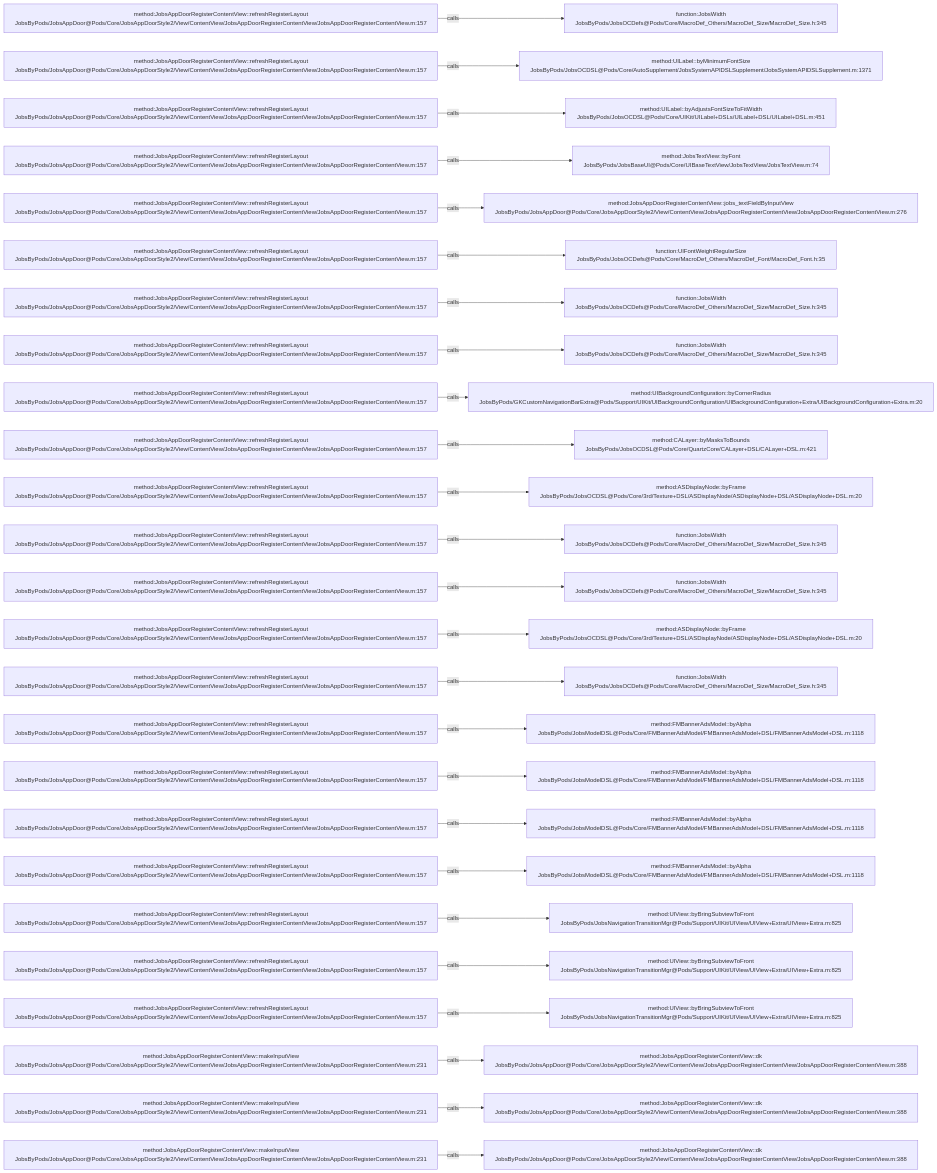
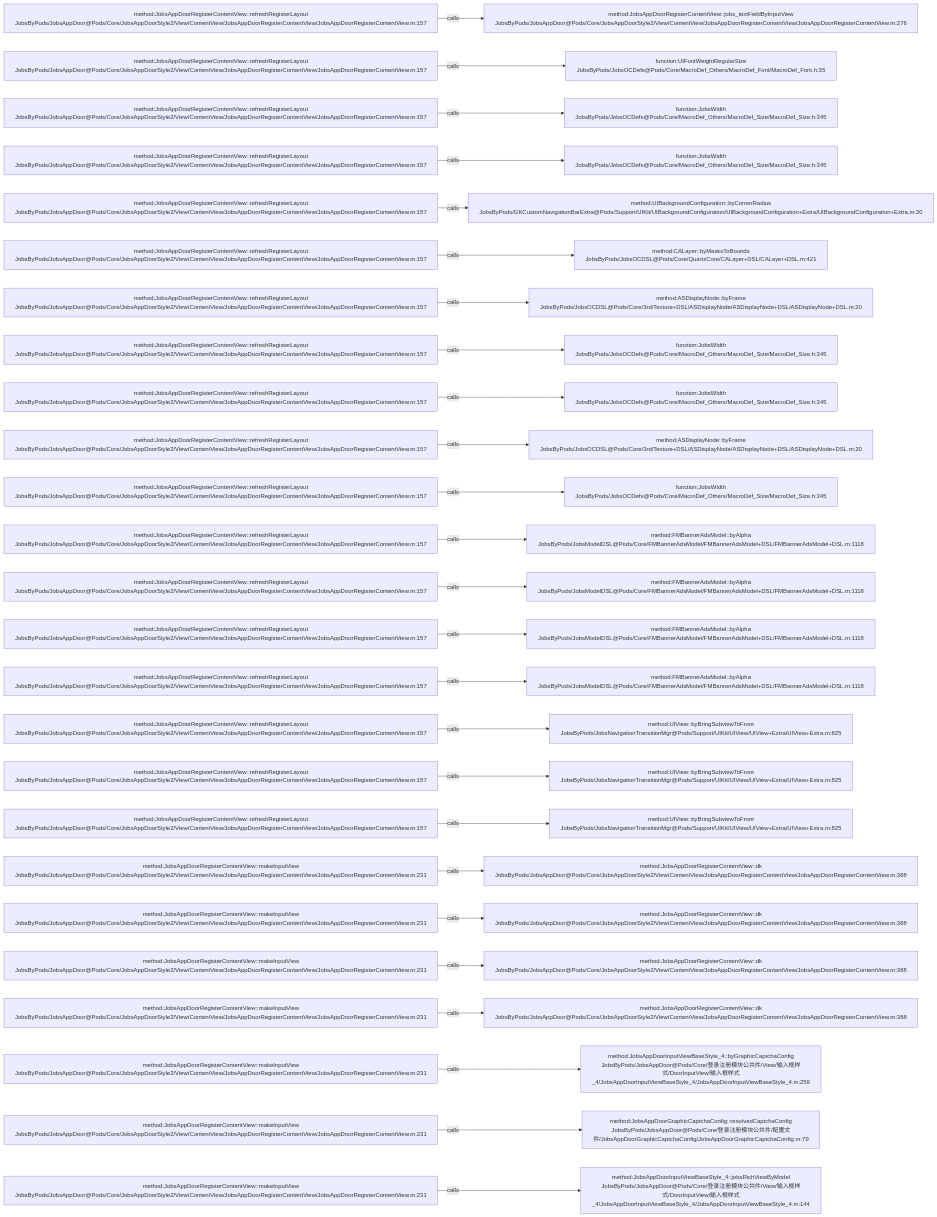
One commit to JobsKits/JobsOCBaseConfigDemo changed the diagram in .codegraph/codegraph.md/graphs/calls-127.md. Above: the diagram before and after it, drawn with Mermaid. The commit also changed 116 other files, not shown here.

````diff
--- a/.codegraph/codegraph.md/graphs/calls-127.md
+++ b/.codegraph/codegraph.md/graphs/calls-127.md
@@ -13,78 +13,78 @@
 ```mermaid
 flowchart LR
   S1["method:JobsAppDoorRegisterContentView::refreshRegisterLayout<br/>JobsByPods/JobsAppDoor@Pods/Core/JobsAppDoorStyle2/View/ContentView/JobsAppDoorRegisterContentView/JobsAppDoorRegisterContentView.m:157"]
-  T1["function:JobsWidth<br/>JobsByPods/JobsOCDefs@Pods/Core/MacroDef_Others/MacroDef_Size/MacroDef_Size.h:345"]
+  T1["method:JobsAppDoorRegisterContentView::jobs_textFieldByInputView<br/>JobsByPods/JobsAppDoor@Pods/Core/JobsAppDoorStyle2/View/ContentView/JobsAppDoorRegisterContentView/JobsAppDoorRegisterContentView.m:276"]
   S1 -->|calls| T1
   S2["method:JobsAppDoorRegisterContentView::refreshRegisterLayout<br/>JobsByPods/JobsAppDoor@Pods/Core/JobsAppDoorStyle2/View/ContentView/JobsAppDoorRegisterContentView/JobsAppDoorRegisterContentView.m:157"]
-  T2["method:UILabel::byMinimumFontSize<br/>JobsByPods/JobsOCDSL@Pods/Core/AutoSupplement/JobsSystemAPIDSLSupplement/JobsSystemAPIDSLSupplement.m:1371"]
+  T2["function:UIFontWeightRegularSize<br/>JobsByPods/JobsOCDefs@Pods/Core/MacroDef_Others/MacroDef_Font/MacroDef_Font.h:35"]
   S2 -->|calls| T2
   S3["method:JobsAppDoorRegisterContentView::refreshRegisterLayout<br/>JobsByPods/JobsAppDoor@Pods/Core/JobsAppDoorStyle2/View/ContentView/JobsAppDoorRegisterContentView/JobsAppDoorRegisterContentView.m:157"]
-  T3["method:UILabel::byAdjustsFontSizeToFitWidth<br/>JobsByPods/JobsOCDSL@Pods/Core/UIKit/UILabel+DSLs/UILabel+DSL/UILabel+DSL.m:451"]
+  T3["function:JobsWidth<br/>JobsByPods/JobsOCDefs@Pods/Core/MacroDef_Others/MacroDef_Size/MacroDef_Size.h:345"]
   S3 -->|calls| T3
   S4["method:JobsAppDoorRegisterContentView::refreshRegisterLayout<br/>JobsByPods/JobsAppDoor@Pods/Core/JobsAppDoorStyle2/View/ContentView/JobsAppDoorRegisterContentView/JobsAppDoorRegisterContentView.m:157"]
-  T4["method:JobsTextView::byFont<br/>JobsByPods/JobsBaseUI@Pods/Core/UIBaseTextView/JobsTextView/JobsTextView.m:74"]
+  T4["function:JobsWidth<br/>JobsByPods/JobsOCDefs@Pods/Core/MacroDef_Others/MacroDef_Size/MacroDef_Size.h:345"]
   S4 -->|calls| T4
   S5["method:JobsAppDoorRegisterContentView::refreshRegisterLayout<br/>JobsByPods/JobsAppDoor@Pods/Core/JobsAppDoorStyle2/View/ContentView/JobsAppDoorRegisterContentView/JobsAppDoorRegisterContentView.m:157"]
-  T5["method:JobsAppDoorRegisterContentView::jobs_textFieldByInputView<br/>JobsByPods/JobsAppDoor@Pods/Core/JobsAppDoorStyle2/View/ContentView/JobsAppDoorRegisterContentView/JobsAppDoorRegisterContentView.m:276"]
+  T5["method:UIBackgroundConfiguration::byCornerRadius<br/>JobsByPods/GKCustomNavigationBarExtra@Pods/Support/UIKit/UIBackgroundConfiguration/UIBackgroundConfiguration+Extra/UIBackgroundConfiguration+Extra.m:20"]
   S5 -->|calls| T5
   S6["method:JobsAppDoorRegisterContentView::refreshRegisterLayout<br/>JobsByPods/JobsAppDoor@Pods/Core/JobsAppDoorStyle2/View/ContentView/JobsAppDoorRegisterContentView/JobsAppDoorRegisterContentView.m:157"]
-  T6["function:UIFontWeightRegularSize<br/>JobsByPods/JobsOCDefs@Pods/Core/MacroDef_Others/MacroDef_Font/MacroDef_Font.h:35"]
+  T6["method:CALayer::byMasksToBounds<br/>JobsByPods/JobsOCDSL@Pods/Core/QuartzCore/CALayer+DSL/CALayer+DSL.m:421"]
   S6 -->|calls| T6
   S7["method:JobsAppDoorRegisterContentView::refreshRegisterLayout<br/>JobsByPods/JobsAppDoor@Pods/Core/JobsAppDoorStyle2/View/ContentView/JobsAppDoorRegisterContentView/JobsAppDoorRegisterContentView.m:157"]
-  T7["function:JobsWidth<br/>JobsByPods/JobsOCDefs@Pods/Core/MacroDef_Others/MacroDef_Size/MacroDef_Size.h:345"]
+  T7["method:ASDisplayNode::byFrame<br/>JobsByPods/JobsOCDSL@Pods/Core/3rd/Texture+DSL/ASDisplayNode/ASDisplayNode+DSL/ASDisplayNode+DSL.m:20"]
   S7 -->|calls| T7
   S8["method:JobsAppDoorRegisterContentView::refreshRegisterLayout<br/>JobsByPods/JobsAppDoor@Pods/Core/JobsAppDoorStyle2/View/ContentView/JobsAppDoorRegisterContentView/JobsAppDoorRegisterContentView.m:157"]
   T8["function:JobsWidth<br/>JobsByPods/JobsOCDefs@Pods/Core/MacroDef_Others/MacroDef_Size/MacroDef_Size.h:345"]
   S8 -->|calls| T8
   S9["method:JobsAppDoorRegisterContentView::refreshRegisterLayout<br/>JobsByPods/JobsAppDoor@Pods/Core/JobsAppDoorStyle2/View/ContentView/JobsAppDoorRegisterContentView/JobsAppDoorRegisterContentView.m:157"]
-  T9["method:UIBackgroundConfiguration::byCornerRadius<br/>JobsByPods/GKCustomNavigationBarExtra@Pods/Support/UIKit/UIBackgroundConfiguration/UIBackgroundConfiguration+Extra/UIBackgroundConfiguration+Extra.m:20"]
+  T9["function:JobsWidth<br/>JobsByPods/JobsOCDefs@Pods/Core/MacroDef_Others/MacroDef_Size/MacroDef_Size.h:345"]
   S9 -->|calls| T9
   S10["method:JobsAppDoorRegisterContentView::refreshRegisterLayout<br/>JobsByPods/JobsAppDoor@Pods/Core/JobsAppDoorStyle2/View/ContentView/JobsAppDoorRegisterContentView/JobsAppDoorRegisterContentView.m:157"]
-  T10["method:CALayer::byMasksToBounds<br/>JobsByPods/JobsOCDSL@Pods/Core/QuartzCore/CALayer+DSL/CALayer+DSL.m:421"]
+  T10["method:ASDisplayNode::byFrame<br/>JobsByPods/JobsOCDSL@Pods/Core/3rd/Texture+DSL/ASDisplayNode/ASDisplayNode+DSL/ASDisplayNode+DSL.m:20"]
   S10 -->|calls| T10
   S11["method:JobsAppDoorRegisterContentView::refreshRegisterLayout<br/>JobsByPods/JobsAppDoor@Pods/Core/JobsAppDoorStyle2/View/ContentView/JobsAppDoorRegisterContentView/JobsAppDoorRegisterContentView.m:157"]
-  T11["method:ASDisplayNode::byFrame<br/>JobsByPods/JobsOCDSL@Pods/Core/3rd/Texture+DSL/ASDisplayNode/ASDisplayNode+DSL/ASDisplayNode+DSL.m:20"]
+  T11["function:JobsWidth<br/>JobsByPods/JobsOCDefs@Pods/Core/MacroDef_Others/MacroDef_Size/MacroDef_Size.h:345"]
   S11 -->|calls| T11
   S12["method:JobsAppDoorRegisterContentView::refreshRegisterLayout<br/>JobsByPods/JobsAppDoor@Pods/Core/JobsAppDoorStyle2/View/ContentView/JobsAppDoorRegisterContentView/JobsAppDoorRegisterContentView.m:157"]
-  T12["function:JobsWidth<br/>JobsByPods/JobsOCDefs@Pods/Core/MacroDef_Others/MacroDef_Size/MacroDef_Size.h:345"]
+  T12["method:FMBannerAdsModel::byAlpha<br/>JobsByPods/JobsModelDSL@Pods/Core/FMBannerAdsModel/FMBannerAdsModel+DSL/FMBannerAdsModel+DSL.m:1118"]
   S12 -->|calls| T12
   S13["method:JobsAppDoorRegisterContentView::refreshRegisterLayout<br/>JobsByPods/JobsAppDoor@Pods/Core/JobsAppDoorStyle2/View/ContentView/JobsAppDoorRegisterContentView/JobsAppDoorRegisterContentView.m:157"]
-  T13["function:JobsWidth<br/>JobsByPods/JobsOCDefs@Pods/Core/MacroDef_Others/MacroDef_Size/MacroDef_Size.h:345"]
+  T13["method:FMBannerAdsModel::byAlpha<br/>JobsByPods/JobsModelDSL@Pods/Core/FMBannerAdsModel/FMBannerAdsModel+DSL/FMBannerAdsModel+DSL.m:1118"]
   S13 -->|calls| T13
   S14["method:JobsAppDoorRegisterContentView::refreshRegisterLayout<br/>JobsByPods/JobsAppDoor@Pods/Core/JobsAppDoorStyle2/View/ContentView/JobsAppDoorRegisterContentView/JobsAppDoorRegisterContentView.m:157"]
-  T14["method:ASDisplayNode::byFrame<br/>JobsByPods/JobsOCDSL@Pods/Core/3rd/Texture+DSL/ASDisplayNode/ASDisplayNode+DSL/ASDisplayNode+DSL.m:20"]
+  T14["method:FMBannerAdsModel::byAlpha<br/>JobsByPods/JobsModelDSL@Pods/Core/FMBannerAdsModel/FMBannerAdsModel+DSL/FMBannerAdsModel+DSL.m:1118"]
   S14 -->|calls| T14
   S15["method:JobsAppDoorRegisterContentView::refreshRegisterLayout<br/>JobsByPods/JobsAppDoor@Pods/Core/JobsAppDoorStyle2/View/ContentView/JobsAppDoorRegisterContentView/JobsAppDoorRegisterContentView.m:157"]
-  T15["function:JobsWidth<br/>JobsByPods/JobsOCDefs@Pods/Core/MacroDef_Others/MacroDef_Size/MacroDef_Size.h:345"]
+  T15["method:FMBannerAdsModel::byAlpha<br/>JobsByPods/JobsModelDSL@Pods/Core/FMBannerAdsModel/FMBannerAdsModel+DSL/FMBannerAdsModel+DSL.m:1118"]
   S15 -->|calls| T15
   S16["method:JobsAppDoorRegisterContentView::refreshRegisterLayout<br/>JobsByPods/JobsAppDoor@Pods/Core/JobsAppDoorStyle2/View/ContentView/JobsAppDoorRegisterContentView/JobsAppDoorRegisterContentView.m:157"]
-  T16["method:FMBannerAdsModel::byAlpha<br/>JobsByPods/JobsModelDSL@Pods/Core/FMBannerAdsModel/FMBannerAdsModel+DSL/FMBannerAdsModel+DSL.m:1118"]
+  T16["method:UIView::byBringSubviewToFront<br/>JobsByPods/JobsNavigationTransitionMgr@Pods/Support/UIKit/UIView/UIView+Extra/UIView+Extra.m:825"]
   S16 -->|calls| T16
   S17["method:JobsAppDoorRegisterContentView::refreshRegisterLayout<br/>JobsByPods/JobsAppDoor@Pods/Core/JobsAppDoorStyle2/View/ContentView/JobsAppDoorRegisterContentView/JobsAppDoorRegisterContentView.m:157"]
-  T17["method:FMBannerAdsModel::byAlpha<br/>JobsByPods/JobsModelDSL@Pods/Core/FMBannerAdsModel/FMBannerAdsModel+DSL/FMBannerAdsModel+DSL.m:1118"]
+  T17["method:UIView::byBringSubviewToFront<br/>JobsByPods/JobsNavigationTransitionMgr@Pods/Support/UIKit/UIView/UIView+Extra/UIView+Extra.m:825"]
   S17 -->|calls| T17
   S18["method:JobsAppDoorRegisterContentView::refreshRegisterLayout<br/>JobsByPods/JobsAppDoor@Pods/Core/JobsAppDoorStyle2/View/ContentView/JobsAppDoorRegisterContentView/JobsAppDoorRegisterContentView.m:157"]
-  T18["method:FMBannerAdsModel::byAlpha<br/>JobsByPods/JobsModelDSL@Pods/Core/FMBannerAdsModel/FMBannerAdsModel+DSL/FMBannerAdsModel+DSL.m:1118"]
+  T18["method:UIView::byBringSubviewToFront<br/>JobsByPods/JobsNavigationTransitionMgr@Pods/Support/UIKit/UIView/UIView+Extra/UIView+Extra.m:825"]
   S18 -->|calls| T18
-  S19["method:JobsAppDoorRegisterContentView::refreshRegisterLayout<br/>JobsByPods/JobsAppDoor@Pods/Core/JobsAppDoorStyle2/View/ContentView/JobsAppDoorRegisterContentView/JobsAppDoorRegisterContentView.m:157"]
-  T19["method:FMBannerAdsModel::byAlpha<br/>JobsByPods/JobsModelDSL@Pods/Core/FMBannerAdsModel/FMBannerAdsModel+DSL/FMBannerAdsModel+DSL.m:1118"]
+  S19["method:JobsAppDoorRegisterContentView::makeInputView<br/>JobsByPods/JobsAppDoor@Pods/Core/JobsAppDoorStyle2/View/ContentView/JobsAppDoorRegisterContentView/JobsAppDoorRegisterContentView.m:231"]
+  T19["method:JobsAppDoorRegisterContentView::dk<br/>JobsByPods/JobsAppDoor@Pods/Core/JobsAppDoorStyle2/View/ContentView/JobsAppDoorRegisterContentView/JobsAppDoorRegisterContentView.m:388"]
   S19 -->|calls| T19
-  S20["method:JobsAppDoorRegisterContentView::refreshRegisterLayout<br/>JobsByPods/JobsAppDoor@Pods/Core/JobsAppDoorStyle2/View/ContentView/JobsAppDoorRegisterContentView/JobsAppDoorRegisterContentView.m:157"]
-  T20["method:UIView::byBringSubviewToFront<br/>JobsByPods/JobsNavigationTransitionMgr@Pods/Support/UIKit/UIView/UIView+Extra/UIView+Extra.m:825"]
+  S20["method:JobsAppDoorRegisterContentView::makeInputView<br/>JobsByPods/JobsAppDoor@Pods/Core/JobsAppDoorStyle2/View/ContentView/JobsAppDoorRegisterContentView/JobsAppDoorRegisterContentView.m:231"]
+  T20["method:JobsAppDoorRegisterContentView::dk<br/>JobsByPods/JobsAppDoor@Pods/Core/JobsAppDoorStyle2/View/ContentView/JobsAppDoorRegisterContentView/JobsAppDoorRegisterContentView.m:388"]
   S20 -->|calls| T20
-  S21["method:JobsAppDoorRegisterContentView::refreshRegisterLayout<br/>JobsByPods/JobsAppDoor@Pods/Core/JobsAppDoorStyle2/View/ContentView/JobsAppDoorRegisterContentView/JobsAppDoorRegisterContentView.m:157"]
-  T21["method:UIView::byBringSubviewToFront<br/>JobsByPods/JobsNavigationTransitionMgr@Pods/Support/UIKit/UIView/UIView+Extra/UIView+Extra.m:825"]
+  S21["method:JobsAppDoorRegisterContentView::makeInputView<br/>JobsByPods/JobsAppDoor@Pods/Core/JobsAppDoorStyle2/View/ContentView/JobsAppDoorRegisterContentView/JobsAppDoorRegisterContentView.m:231"]
+  T21["method:JobsAppDoorRegisterContentView::dk<br/>JobsByPods/JobsAppDoor@Pods/Core/JobsAppDoorStyle2/View/ContentView/JobsAppDoorRegisterContentView/JobsAppDoorRegisterContentView.m:388"]
   S21 -->|calls| T21
-  S22["method:JobsAppDoorRegisterContentView::refreshRegisterLayout<br/>JobsByPods/JobsAppDoor@Pods/Core/JobsAppDoorStyle2/View/ContentView/JobsAppDoorRegisterContentView/JobsAppDoorRegisterContentView.m:157"]
-  T22["method:UIView::byBringSubviewToFront<br/>JobsByPods/JobsNavigationTransitionMgr@Pods/Support/UIKit/UIView/UIView+Extra/UIView+Extra.m:825"]
+  S22["method:JobsAppDoorRegisterContentView::makeInputView<br/>JobsByPods/JobsAppDoor@Pods/Core/JobsAppDoorStyle2/View/ContentView/JobsAppDoorRegisterContentView/JobsAppDoorRegisterContentView.m:231"]
+  T22["method:JobsAppDoorRegisterContentView::dk<br/>JobsByPods/JobsAppDoor@Pods/Core/JobsAppDoorStyle2/View/ContentView/JobsAppDoorRegisterContentView/JobsAppDoorRegisterContentView.m:388"]
   S22 -->|calls| T22
   S23["method:JobsAppDoorRegisterContentView::makeInputView<br/>JobsByPods/JobsAppDoor@Pods/Core/JobsAppDoorStyle2/View/ContentView/JobsAppDoorRegisterContentView/JobsAppDoorRegisterContentView.m:231"]
-  T23["method:JobsAppDoorRegisterContentView::dk<br/>JobsByPods/JobsAppDoor@Pods/Core/JobsAppDoorStyle2/View/ContentView/JobsAppDoorRegisterContentView/JobsAppDoorRegisterContentView.m:388"]
+  T23["method:JobsAppDoorInputViewBaseStyle_4::byGraphicCaptchaConfig<br/>JobsByPods/JobsAppDoor@Pods/Core/登录注册模块公共件/View/输入框样式/DoorInputView/输入框样式_4/JobsAppDoorInputViewBaseStyle_4/JobsAppDoorInputViewBaseStyle_4.m:259"]
   S23 -->|calls| T23
   S24["method:JobsAppDoorRegisterContentView::makeInputView<br/>JobsByPods/JobsAppDoor@Pods/Core/JobsAppDoorStyle2/View/ContentView/JobsAppDoorRegisterContentView/JobsAppDoorRegisterContentView.m:231"]
-  T24["method:JobsAppDoorRegisterContentView::dk<br/>JobsByPods/JobsAppDoor@Pods/Core/JobsAppDoorStyle2/View/ContentView/JobsAppDoorRegisterContentView/JobsAppDoorRegisterContentView.m:388"]
+  T24["method:JobsAppDoorGraphicCaptchaConfig::resolvedCaptchaConfig<br/>JobsByPods/JobsAppDoor@Pods/Core/登录注册模块公共件/配置文件/JobsAppDoorGraphicCaptchaConfig/JobsAppDoorGraphicCaptchaConfig.m:79"]
   S24 -->|calls| T24
   S25["method:JobsAppDoorRegisterContentView::makeInputView<br/>JobsByPods/JobsAppDoor@Pods/Core/JobsAppDoorStyle2/View/ContentView/JobsAppDoorRegisterContentView/JobsAppDoorRegisterContentView.m:231"]
-  T25["method:JobsAppDoorRegisterContentView::dk<br/>JobsByPods/JobsAppDoor@Pods/Core/JobsAppDoorStyle2/View/ContentView/JobsAppDoorRegisterContentView/JobsAppDoorRegisterContentView.m:388"]
+  T25["method:JobsAppDoorInputViewBaseStyle_4::jobsRichViewByModel<br/>JobsByPods/JobsAppDoor@Pods/Core/登录注册模块公共件/View/输入框样式/DoorInputView/输入框样式_4/JobsAppDoorInputViewBaseStyle_4/JobsAppDoorInputViewBaseStyle_4.m:144"]
   S25 -->|calls| T25
 ```
````
